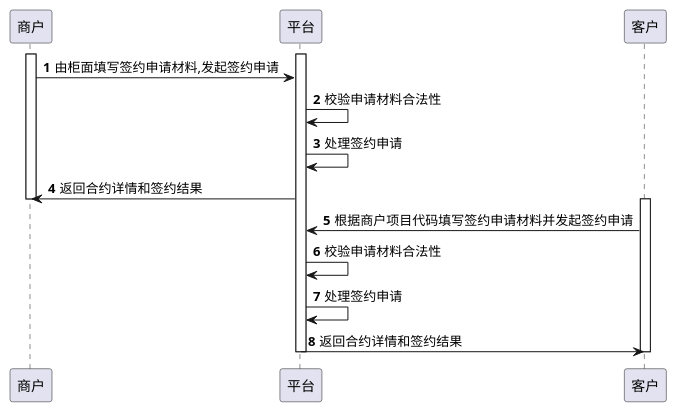
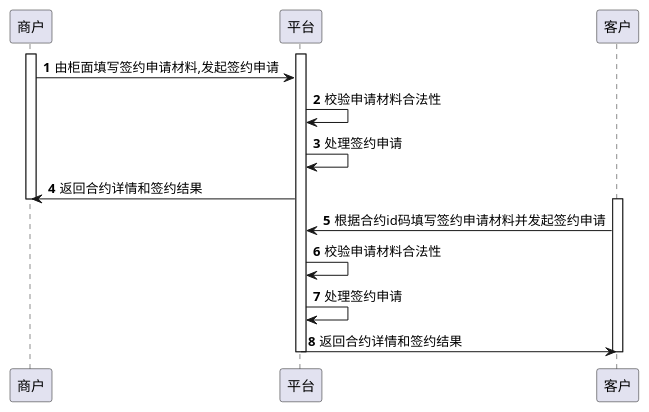
One commit to xulingfeng931027/contract-collection-platform changed the diagram in contract/src/main/java/com/zantong/contract/签约.puml. Above: the diagram before and after it, drawn with PlantUML. The commit also changed 214 other files, not shown here.

```diff
--- a/contract/src/main/java/com/zantong/contract/签约.puml
+++ b/contract/src/main/java/com/zantong/contract/签约.puml
@@ -1,19 +1,19 @@
 @startuml
 'https://plantuml.com/sequence-diagram
 
 autonumber
 activate 商户
 activate 平台
 商户 -> 平台: 由柜面填写签约申请材料,发起签约申请
 平台 -> 平台: 校验申请材料合法性
 平台 -> 平台: 处理签约申请
 平台 -> 商户: 返回合约详情和签约结果
 deactivate 商户
 activate 客户
-客户 -> 平台: 根据商户项目代码填写签约申请材料并发起签约申请
+客户 -> 平台: 根据合约id码填写签约申请材料并发起签约申请
 平台 -> 平台: 校验申请材料合法性
 平台 -> 平台: 处理签约申请
 平台 -> 客户: 返回合约详情和签约结果
 deactivate 平台
 deactivate 客户
 @enduml
```
